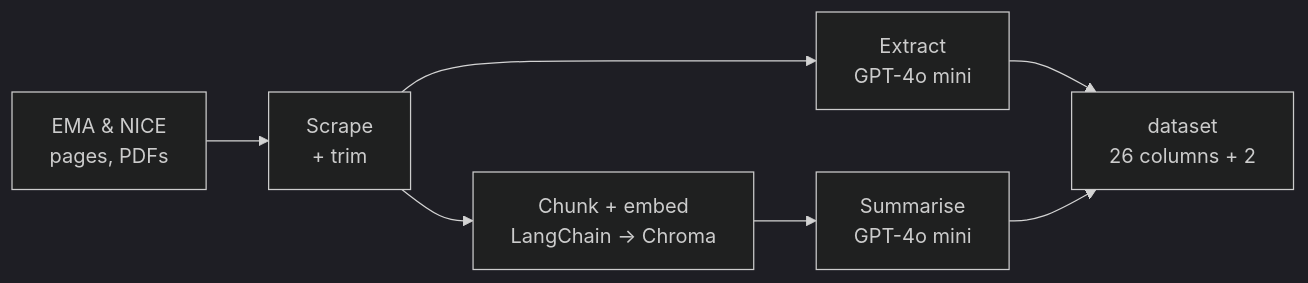
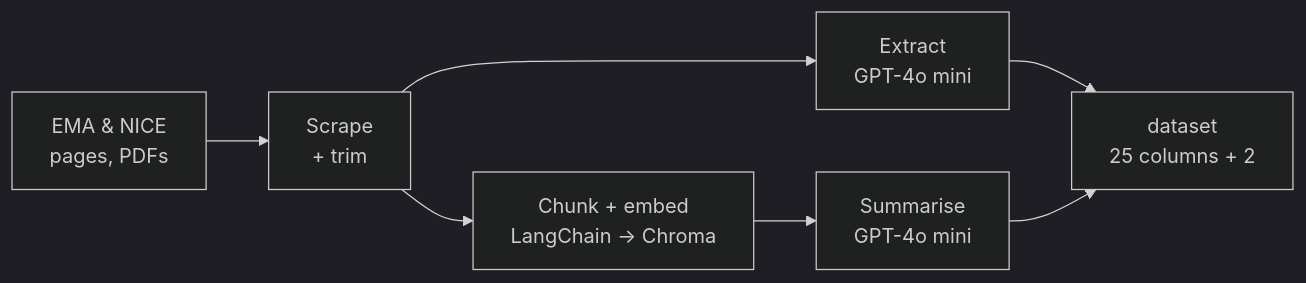
The diagram in README.md (yumi-h-1/Automated-EMA-NICE-Data-Scraping), drawn with Mermaid (dark theme) before and after one commit. The commit also changed other lines of this file, not shown here.

````diff
--- a/README.md
+++ b/README.md
@@ -19,9 +19,9 @@
 ```mermaid
 flowchart LR
     A["EMA & NICE\npages, PDFs"] --> B["Scrape\n+ trim"]
     B --> C["Extract\nGPT-4o mini"]
     B --> D["Chunk + embed\nLangChain → Chroma"]
     D --> E["Summarise\nGPT-4o mini"]
-    C --> F["dataset\n26 columns + 2"]
+    C --> F["dataset\n25 columns + 2"]
     E --> F
 ```
````
